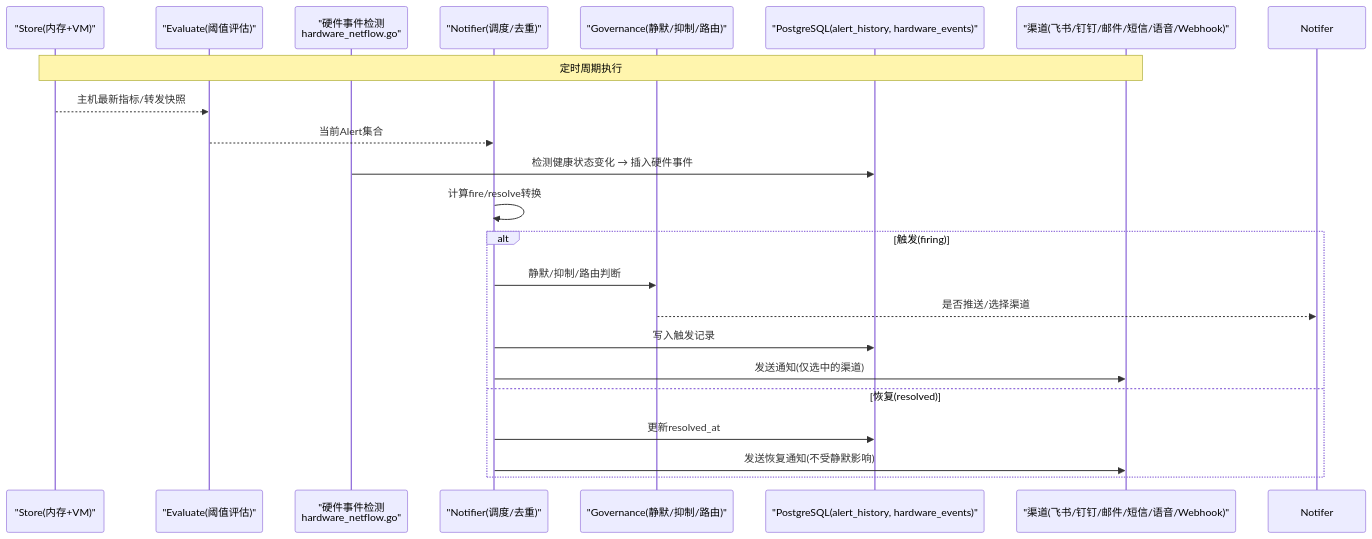
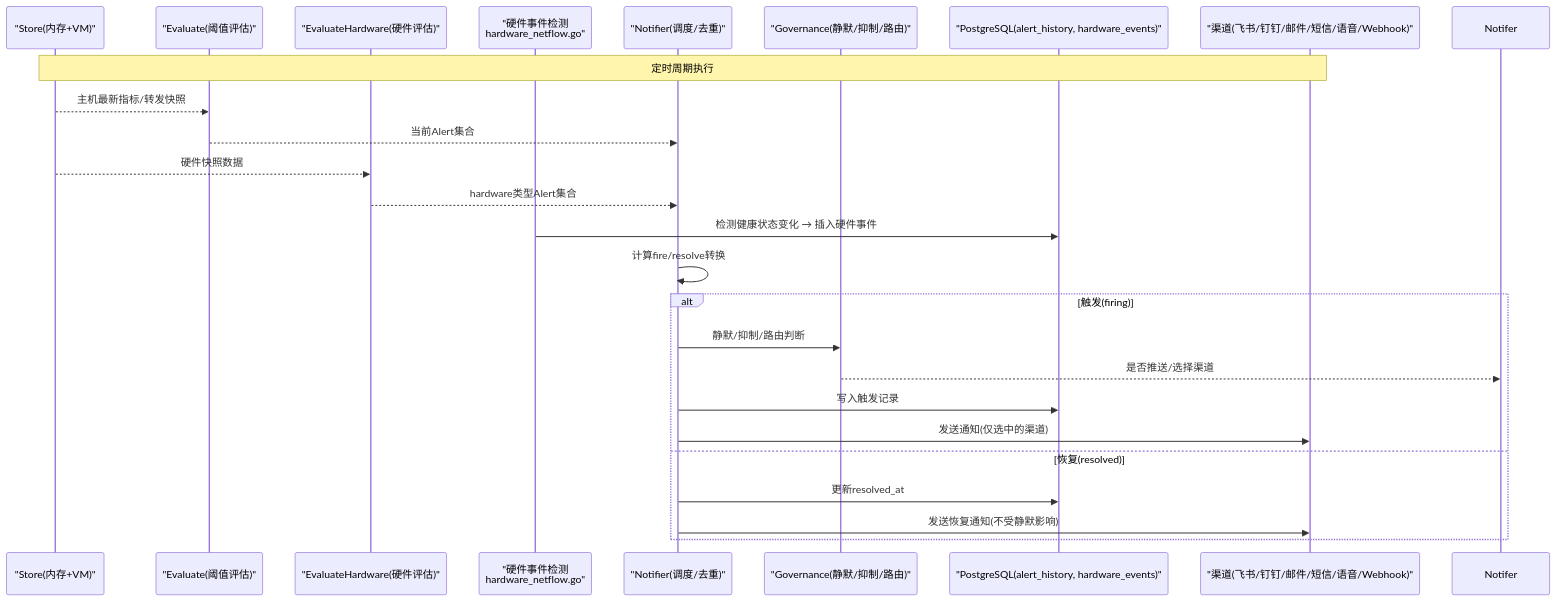
One commit to sreyun/aiops-monitor changed the second of 8 diagrams in .qoder/repowiki/zh/content/核心功能/告警系统/告警系统.md. Above: the diagram before and after it, drawn with Mermaid. The commit also changed other lines of this file and 55 other files, not shown here.

````diff
--- a/.qoder/repowiki/zh/content/核心功能/告警系统/告警系统.md
+++ b/.qoder/repowiki/zh/content/核心功能/告警系统/告警系统.md
@@ -120,24 +129,27 @@
 ```mermaid
 sequenceDiagram
 participant Store as "Store(内存+VM)"
 participant Eval as "Evaluate(阈值评估)"
-participant HW as "硬件事件检测<br/>hardware_netflow.go"
+participant HWEval as "EvaluateHardware(硬件评估)"
+participant HWEvent as "硬件事件检测<br/>hardware_netflow.go"
 participant Notifier as "Notifier(调度/去重)"
 participant Gov as "Governance(静默/抑制/路由)"
 participant PG as "PostgreSQL(alert_history, hardware_events)"
 participant Ch as "渠道(飞书/钉钉/邮件/短信/语音/Webhook)"
 Note over Store,Ch : 定时周期执行
 Store-->>Eval : 主机最新指标/转发快照
 Eval-->>Notifier : 当前Alert集合
-HW->>PG : 检测健康状态变化 → 插入硬件事件
+Store-->>HWEval : 硬件快照数据
+HWEval-->>Notifier : hardware类型Alert集合
+HWEvent->>PG : 检测健康状态变化 → 插入硬件事件
 Notifier->>Notifier : 计算fire/resolve转换
 alt 触发(firing)
 Notifier->>Gov : 静默/抑制/路由判断
 Gov-->>Notifer : 是否推送/选择渠道
 Notifier->>PG : 写入触发记录
 Notifier->>Ch : 发送通知(仅选中的渠道)
 else 恢复(resolved)
 Notifier->>PG : 更新resolved_at
 Notifier->>Ch : 发送恢复通知(不受静默影响)
 end
 ```
````
